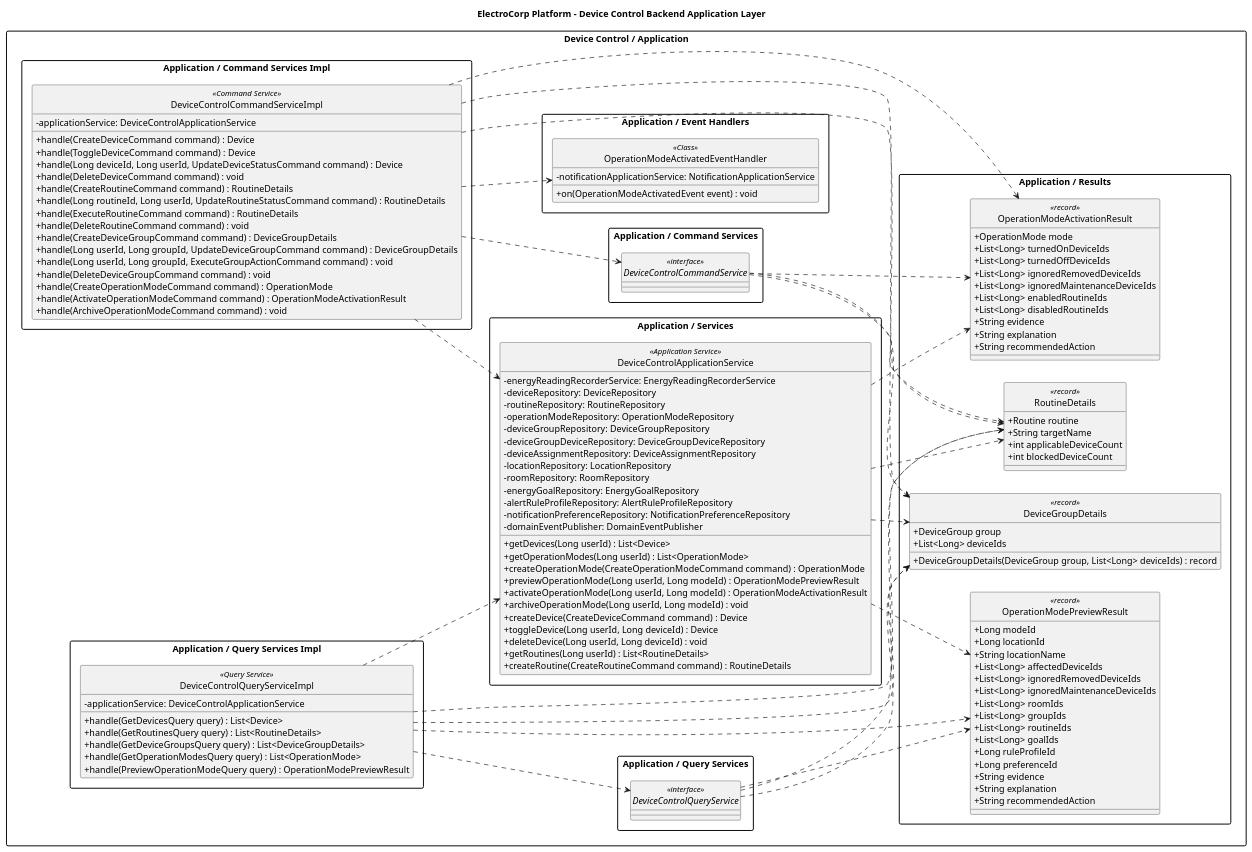
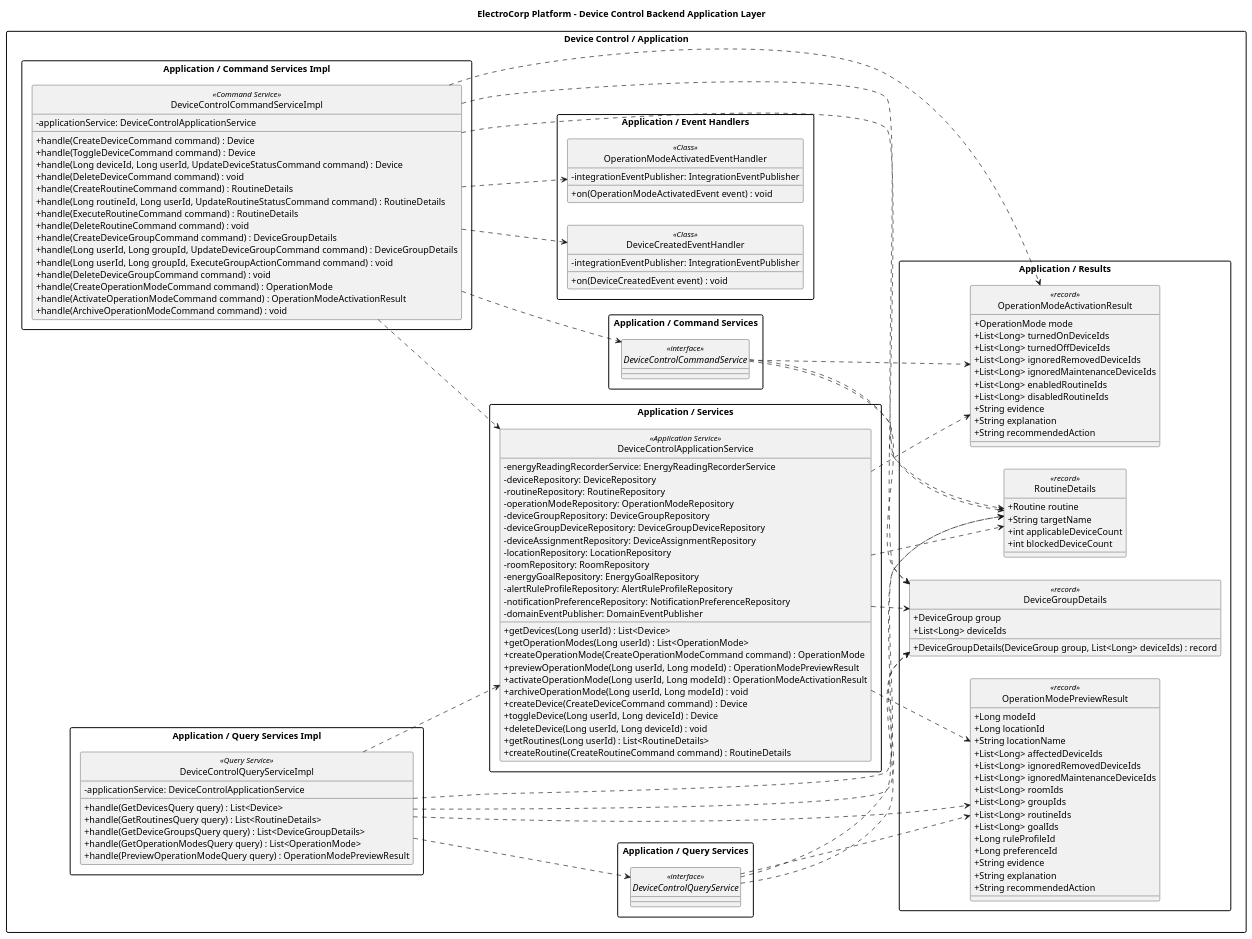
Before and after one commit to upc-pre-202610-1asi0729-11896-ecorp/electrocorp-report: the diagram in docs/diagrams/class/backend/layers/device-control/backend-device-control-application-class-diagram.puml, drawn with PlantUML. The commit also changed 34 other files, not shown here.

Commit message:
docs: update final architecture diagrams

```diff
--- a/docs/diagrams/class/backend/layers/device-control/backend-device-control-application-class-diagram.puml
+++ b/docs/diagrams/class/backend/layers/device-control/backend-device-control-application-class-diagram.puml
@@ -1,150 +1,155 @@
 @startuml
 title ElectroCorp Platform - Device Control Backend Application Layer
 left to right direction
 skinparam packageStyle rectangle
 skinparam shadowing false
 skinparam classAttributeIconSize 0
 hide circle
 
 package "Device Control / Application" {
   package "Application / Command Services" {
     interface "DeviceControlCommandService" as Backend_devicecontrol_DeviceControlCommandService <<interface>> {
     }
   }
   package "Application / Command Services Impl" {
     class "DeviceControlCommandServiceImpl" as Backend_devicecontrol_DeviceControlCommandServiceImpl <<Command Service>> {
       - applicationService: DeviceControlApplicationService
       + handle(CreateDeviceCommand command) : Device
       + handle(ToggleDeviceCommand command) : Device
       + handle(Long deviceId, Long userId, UpdateDeviceStatusCommand command) : Device
       + handle(DeleteDeviceCommand command) : void
       + handle(CreateRoutineCommand command) : RoutineDetails
       + handle(Long routineId, Long userId, UpdateRoutineStatusCommand command) : RoutineDetails
       + handle(ExecuteRoutineCommand command) : RoutineDetails
       + handle(DeleteRoutineCommand command) : void
       + handle(CreateDeviceGroupCommand command) : DeviceGroupDetails
       + handle(Long userId, Long groupId, UpdateDeviceGroupCommand command) : DeviceGroupDetails
       + handle(Long userId, Long groupId, ExecuteGroupActionCommand command) : void
       + handle(DeleteDeviceGroupCommand command) : void
       + handle(CreateOperationModeCommand command) : OperationMode
       + handle(ActivateOperationModeCommand command) : OperationModeActivationResult
       + handle(ArchiveOperationModeCommand command) : void
     }
   }
   package "Application / Event Handlers" {
+    class "DeviceCreatedEventHandler" as Backend_devicecontrol_DeviceCreatedEventHandler <<Class>> {
+      - integrationEventPublisher: IntegrationEventPublisher
+      + on(DeviceCreatedEvent event) : void
+    }
     class "OperationModeActivatedEventHandler" as Backend_devicecontrol_OperationModeActivatedEventHandler <<Class>> {
-      - notificationApplicationService: NotificationApplicationService
+      - integrationEventPublisher: IntegrationEventPublisher
       + on(OperationModeActivatedEvent event) : void
     }
   }
   package "Application / Query Services" {
     interface "DeviceControlQueryService" as Backend_devicecontrol_DeviceControlQueryService <<interface>> {
     }
   }
   package "Application / Query Services Impl" {
     class "DeviceControlQueryServiceImpl" as Backend_devicecontrol_DeviceControlQueryServiceImpl <<Query Service>> {
       - applicationService: DeviceControlApplicationService
       + handle(GetDevicesQuery query) : List<Device>
       + handle(GetRoutinesQuery query) : List<RoutineDetails>
       + handle(GetDeviceGroupsQuery query) : List<DeviceGroupDetails>
       + handle(GetOperationModesQuery query) : List<OperationMode>
       + handle(PreviewOperationModeQuery query) : OperationModePreviewResult
     }
   }
   package "Application / Results" {
     class "DeviceGroupDetails" as Backend_devicecontrol_DeviceGroupDetails <<record>> {
       + DeviceGroup group
       + List<Long> deviceIds
       + DeviceGroupDetails(DeviceGroup group, List<Long> deviceIds) : record
     }
     class "OperationModeActivationResult" as Backend_devicecontrol_OperationModeActivationResult <<record>> {
       + OperationMode mode
       + List<Long> turnedOnDeviceIds
       + List<Long> turnedOffDeviceIds
       + List<Long> ignoredRemovedDeviceIds
       + List<Long> ignoredMaintenanceDeviceIds
       + List<Long> enabledRoutineIds
       + List<Long> disabledRoutineIds
       + String evidence
       + String explanation
       + String recommendedAction
     }
     class "OperationModePreviewResult" as Backend_devicecontrol_OperationModePreviewResult <<record>> {
       + Long modeId
       + Long locationId
       + String locationName
       + List<Long> affectedDeviceIds
       + List<Long> ignoredRemovedDeviceIds
       + List<Long> ignoredMaintenanceDeviceIds
       + List<Long> roomIds
       + List<Long> groupIds
       + List<Long> routineIds
       + List<Long> goalIds
       + Long ruleProfileId
       + Long preferenceId
       + String evidence
       + String explanation
       + String recommendedAction
     }
     class "RoutineDetails" as Backend_devicecontrol_RoutineDetails <<record>> {
       + Routine routine
       + String targetName
       + int applicableDeviceCount
       + int blockedDeviceCount
     }
   }
   package "Application / Services" {
     class "DeviceControlApplicationService" as Backend_devicecontrol_DeviceControlApplicationService <<Application Service>> {
       - energyReadingRecorderService: EnergyReadingRecorderService
       - deviceRepository: DeviceRepository
       - routineRepository: RoutineRepository
       - operationModeRepository: OperationModeRepository
       - deviceGroupRepository: DeviceGroupRepository
       - deviceGroupDeviceRepository: DeviceGroupDeviceRepository
       - deviceAssignmentRepository: DeviceAssignmentRepository
       - locationRepository: LocationRepository
       - roomRepository: RoomRepository
       - energyGoalRepository: EnergyGoalRepository
       - alertRuleProfileRepository: AlertRuleProfileRepository
       - notificationPreferenceRepository: NotificationPreferenceRepository
       - domainEventPublisher: DomainEventPublisher
       + getDevices(Long userId) : List<Device>
       + getOperationModes(Long userId) : List<OperationMode>
       + createOperationMode(CreateOperationModeCommand command) : OperationMode
       + previewOperationMode(Long userId, Long modeId) : OperationModePreviewResult
       + activateOperationMode(Long userId, Long modeId) : OperationModeActivationResult
       + archiveOperationMode(Long userId, Long modeId) : void
       + createDevice(CreateDeviceCommand command) : Device
       + toggleDevice(Long userId, Long deviceId) : Device
       + deleteDevice(Long userId, Long deviceId) : void
       + getRoutines(Long userId) : List<RoutineDetails>
       + createRoutine(CreateRoutineCommand command) : RoutineDetails
     }
   }
 }
 
 Backend_devicecontrol_DeviceControlApplicationService ..> Backend_devicecontrol_DeviceGroupDetails
 Backend_devicecontrol_DeviceControlApplicationService ..> Backend_devicecontrol_OperationModeActivationResult
 Backend_devicecontrol_DeviceControlApplicationService ..> Backend_devicecontrol_OperationModePreviewResult
 Backend_devicecontrol_DeviceControlApplicationService ..> Backend_devicecontrol_RoutineDetails
 Backend_devicecontrol_DeviceControlCommandService ..> Backend_devicecontrol_DeviceGroupDetails
 Backend_devicecontrol_DeviceControlCommandService ..> Backend_devicecontrol_OperationModeActivationResult
 Backend_devicecontrol_DeviceControlCommandService ..> Backend_devicecontrol_RoutineDetails
 Backend_devicecontrol_DeviceControlCommandServiceImpl ..> Backend_devicecontrol_DeviceControlApplicationService
 Backend_devicecontrol_DeviceControlCommandServiceImpl ..> Backend_devicecontrol_DeviceControlCommandService
 Backend_devicecontrol_DeviceControlCommandServiceImpl ..> Backend_devicecontrol_DeviceGroupDetails
 Backend_devicecontrol_DeviceControlCommandServiceImpl ..> Backend_devicecontrol_OperationModeActivationResult
 Backend_devicecontrol_DeviceControlCommandServiceImpl ..> Backend_devicecontrol_RoutineDetails
 Backend_devicecontrol_DeviceControlQueryService ..> Backend_devicecontrol_DeviceGroupDetails
 Backend_devicecontrol_DeviceControlQueryService ..> Backend_devicecontrol_OperationModePreviewResult
 Backend_devicecontrol_DeviceControlQueryService ..> Backend_devicecontrol_RoutineDetails
 Backend_devicecontrol_DeviceControlQueryServiceImpl ..> Backend_devicecontrol_DeviceControlApplicationService
 Backend_devicecontrol_DeviceControlQueryServiceImpl ..> Backend_devicecontrol_DeviceControlQueryService
 Backend_devicecontrol_DeviceControlQueryServiceImpl ..> Backend_devicecontrol_DeviceGroupDetails
 Backend_devicecontrol_DeviceControlQueryServiceImpl ..> Backend_devicecontrol_OperationModePreviewResult
 Backend_devicecontrol_DeviceControlQueryServiceImpl ..> Backend_devicecontrol_RoutineDetails
 
 ' Layer relationship completion: every declared type participates in this layer diagram.
+Backend_devicecontrol_DeviceControlCommandServiceImpl ..> Backend_devicecontrol_DeviceCreatedEventHandler
 Backend_devicecontrol_DeviceControlCommandServiceImpl ..> Backend_devicecontrol_OperationModeActivatedEventHandler
 
 @enduml
```
